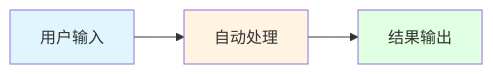
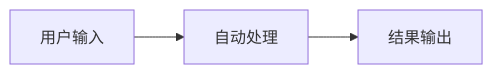
The fifth of 5 diagrams in architecture.md (virtualguard101/flash_dock), drawn with Mermaid before and after one commit. The commit also changed other lines of this file, not shown here.

Commit message:
docs: update architecture

````diff
--- a/architecture.md
+++ b/architecture.md
@@ -962,8 +936,4 @@
 ```mermaid
 flowchart LR
     A[用户输入] --> B[自动处理] --> C[结果输出]
-    
-    style A fill:#e1f5ff
-    style B fill:#fff4e1
-    style C fill:#e1ffe1
 ```
````
